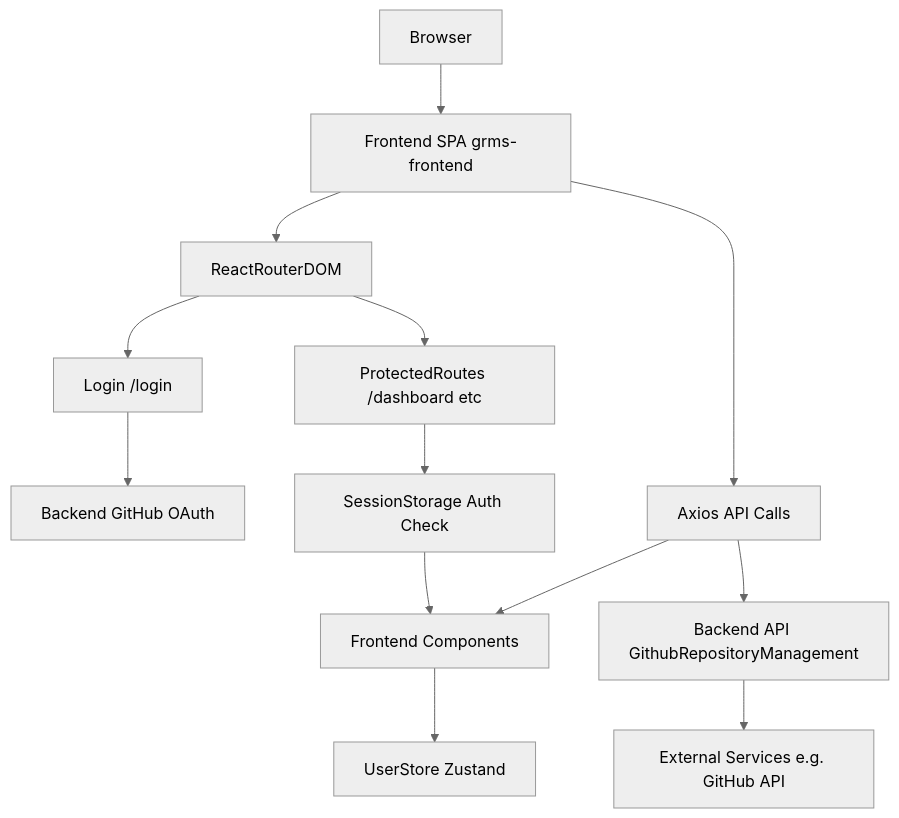
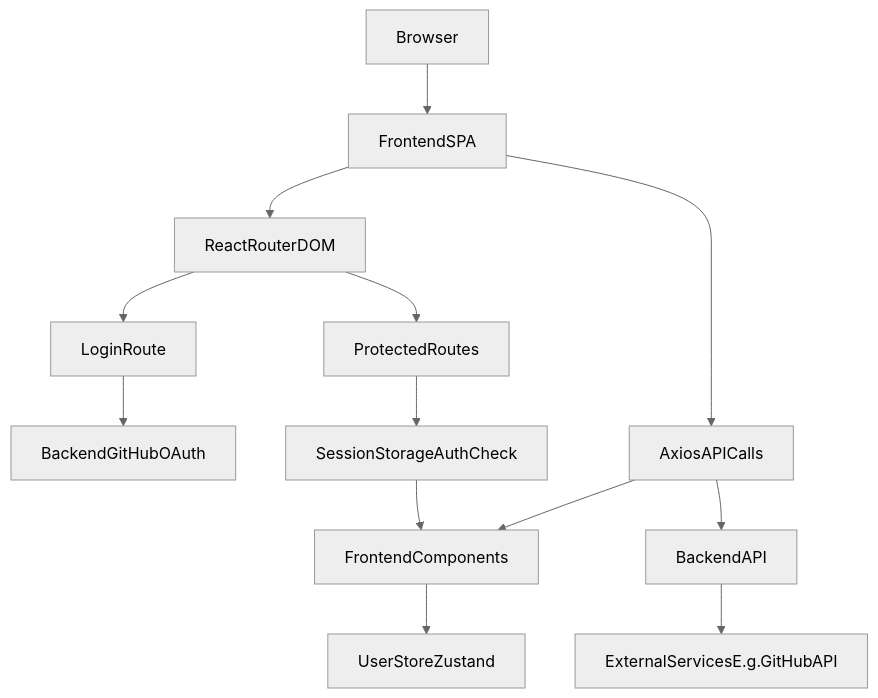
The diagram in docs/REPOSITORY_OVERVIEW.md (test-company-prowiz/Easy-Repo), drawn with Mermaid (neutral theme) before and after one commit. The commit also changed other lines of this file, not shown here.

Commit message:
docs: auto-generated documentation for docs/REPOSITORY_OVERVIEW.md

````diff
--- a/docs/REPOSITORY_OVERVIEW.md
+++ b/docs/REPOSITORY_OVERVIEW.md
@@ -57,15 +57,15 @@
 ```mermaid
 graph TD
-Browser --> FrontendSPA[Frontend SPA grms-frontend]
+Browser --> FrontendSPA[FrontendSPA]
 FrontendSPA --> Router[ReactRouterDOM]
-Router --> LoginRoute[Login /login]
-LoginRoute --> BackendOAuth[Backend GitHub OAuth]
-Router --> ProtectedRoutes[ProtectedRoutes /dashboard etc]
-ProtectedRoutes --> AuthCheck[SessionStorage Auth Check]
-FrontendSPA --> APICalls[Axios API Calls]
-APICalls --> BackendAPI[Backend API GithubRepositoryManagement]
-BackendAPI --> ExternalServices[External Services e.g. GitHub API]
-AuthCheck --> FrontendComponents[Frontend Components]
+Router --> LoginRoute[LoginRoute]
+LoginRoute --> BackendOAuth[BackendGitHubOAuth]
+Router --> ProtectedRoutes[ProtectedRoutes]
+ProtectedRoutes --> AuthCheck[SessionStorageAuthCheck]
+FrontendSPA --> APICalls[AxiosAPICalls]
+APICalls --> BackendAPI[BackendAPI]
+BackendAPI --> ExternalServices[ExternalServicesE.g.GitHubAPI]
+AuthCheck --> FrontendComponents[FrontendComponents]
 APICalls --> FrontendComponents
-FrontendComponents --> UserStore[UserStore Zustand]
+FrontendComponents --> UserStore[UserStoreZustand]
 ```
````
